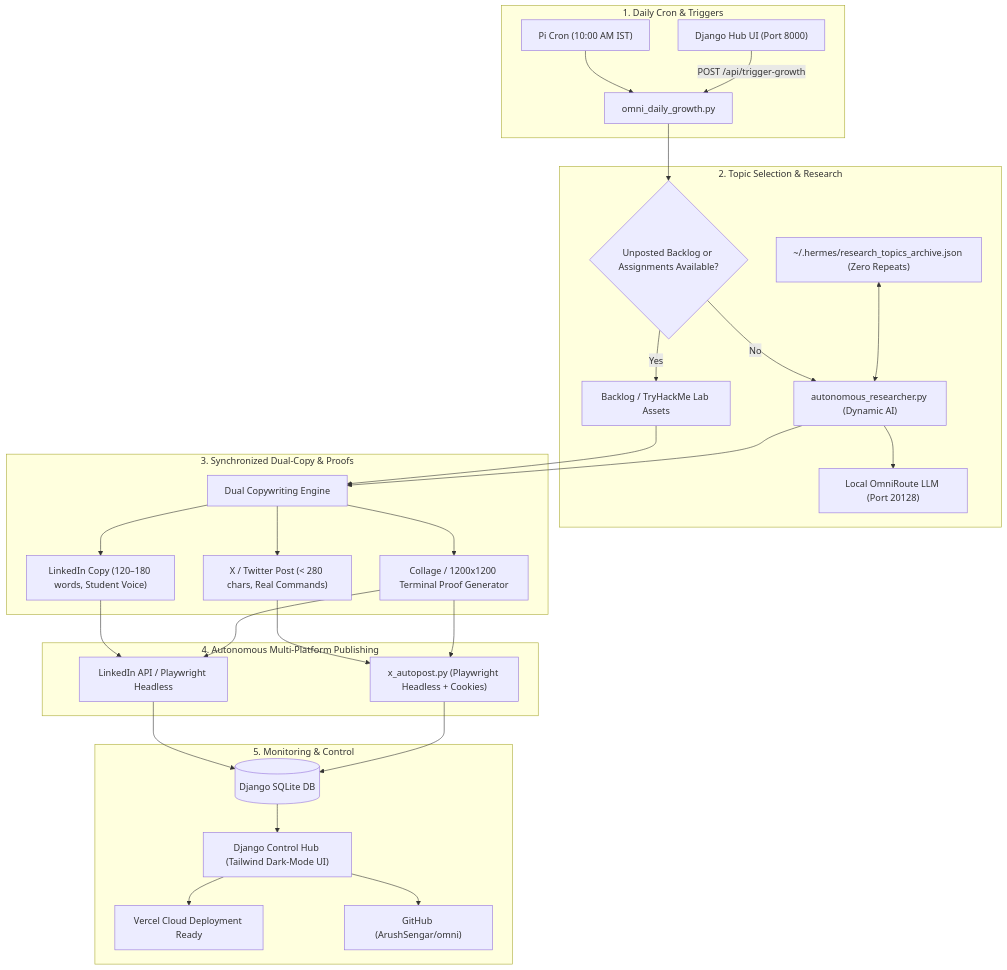
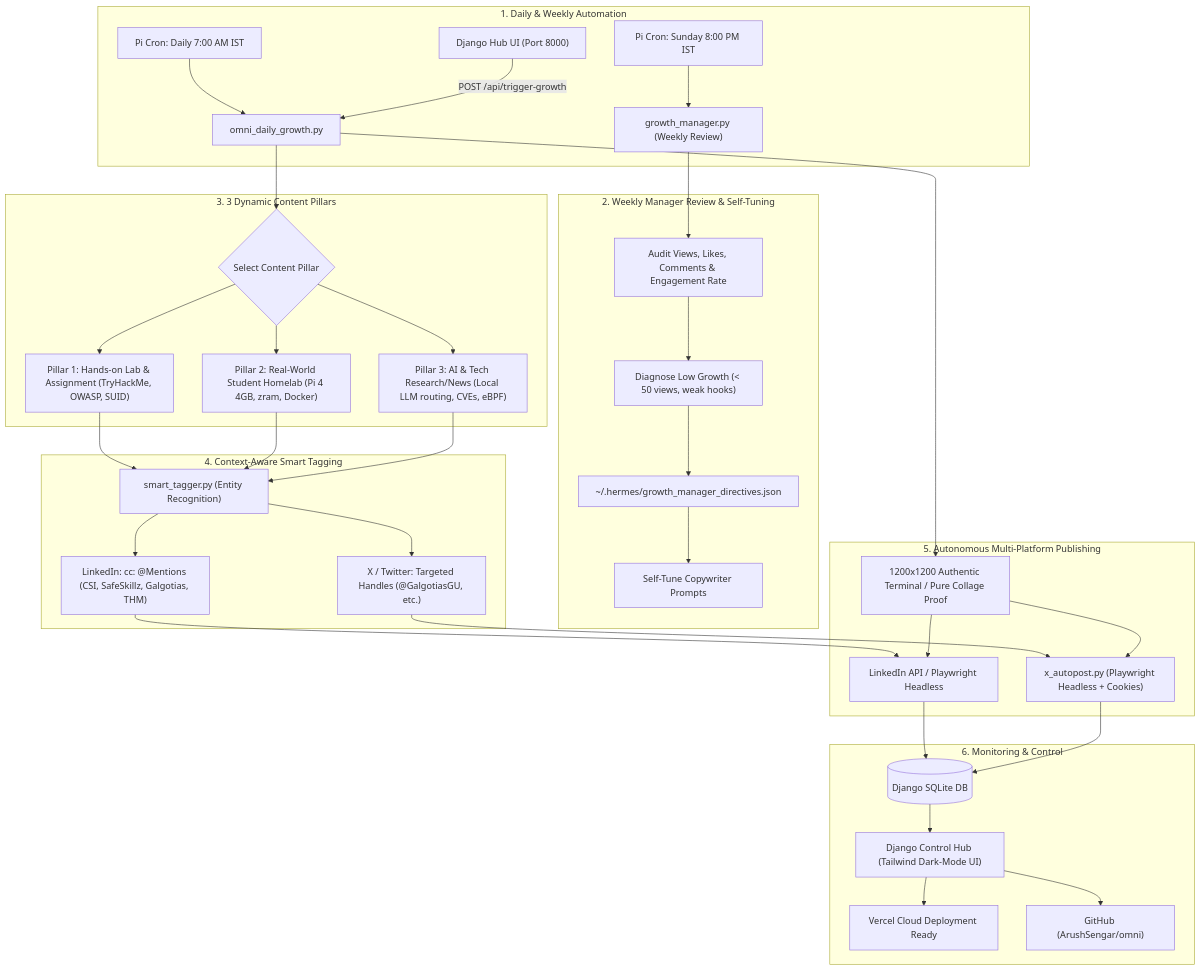
One commit to ArushSengar/omni changed the diagram in GROWTH_SYSTEM_GUIDE.md. Above: the diagram before and after it, drawn with Mermaid. The commit also changed other lines of this file and 18 other files, not shown here.

Commit message:
feat(growth-engine): add weekly growth manager review, context-aware smart tagging (@mentions), 7:00 AM IST cron, and 3 content pillars

````diff
--- a/GROWTH_SYSTEM_GUIDE.md
+++ b/GROWTH_SYSTEM_GUIDE.md
@@ -13,38 +13,46 @@
 ```mermaid
 flowchart TD
-    subgraph Trigger["1. Daily Cron & Triggers"]
-        Cron["Pi Cron (10:00 AM IST)"] --> Engine["omni_daily_growth.py"]
+    subgraph Schedule["1. Daily & Weekly Automation"]
+        DailyCron["Pi Cron: Daily 7:00 AM IST"] --> Engine["omni_daily_growth.py"]
+        WeeklyCron["Pi Cron: Sunday 8:00 PM IST"] --> Manager["growth_manager.py (Weekly Review)"]
         WebUI["Django Hub UI (Port 8000)"] -->|POST /api/trigger-growth| Engine
     end
 
-    subgraph TopicSelection["2. Topic Selection & Research"]
-        Engine --> BacklogCheck{"Unposted Backlog or Assignments Available?"}
-        BacklogCheck -->|Yes| StaticPool["Backlog / TryHackMe Lab Assets"]
-        BacklogCheck -->|No| AutoResearcher["autonomous_researcher.py (Dynamic AI)"]
-        AutoResearcher --> OmniRoute["Local OmniRoute LLM (Port 20128)"]
-        TopicArchive["~/.hermes/research_topics_archive.json (Zero Repeats)"] <--> AutoResearcher
+    subgraph ManagerReview["2. Weekly Manager Review & Self-Tuning"]
+        Manager --> MetricsAudit["Audit Views, Likes, Comments & Engagement Rate"]
+        MetricsAudit --> Diagnosis["Diagnose Low Growth (< 50 views, weak hooks)"]
+        Diagnosis --> Directives["~/.hermes/growth_manager_directives.json"]
+        Directives --> Copywriters["Self-Tune Copywriter Prompts"]
     end
 
-    subgraph ContentGen["3. Synchronized Dual-Copy & Proofs"]
-        StaticPool --> Copywriter["Dual Copywriting Engine"]
-        AutoResearcher --> Copywriter
-        Copywriter --> LI_Copy["LinkedIn Copy (120–180 words, Student Voice)"]
-        Copywriter --> X_Copy["X / Twitter Post (< 280 chars, Real Commands)"]
-        Copywriter --> VisualGen["Collage / 1200x1200 Terminal Proof Generator"]
+    subgraph ContentPillars["3. 3 Dynamic Content Pillars"]
+        Engine --> PillarSelect{"Select Content Pillar"}
+        PillarSelect --> P1["Pillar 1: Hands-on Lab & Assignment (TryHackMe, OWASP, SUID)"]
+        PillarSelect --> P2["Pillar 2: Real-World Student Homelab (Pi 4 4GB, zram, Docker)"]
+        PillarSelect --> P3["Pillar 3: AI & Tech Research/News (Local LLM routing, CVEs, eBPF)"]
     end
 
-    subgraph Publishing["4. Autonomous Multi-Platform Publishing"]
-        LI_Copy --> LI_Publisher["LinkedIn API / Playwright Headless"]
-        X_Copy --> X_Publisher["x_autopost.py (Playwright Headless + Cookies)"]
+    subgraph TaggingEngine["4. Context-Aware Smart Tagging"]
+        P1 --> SmartTagger["smart_tagger.py (Entity Recognition)"]
+        P2 --> SmartTagger
+        P3 --> SmartTagger
+        SmartTagger --> TaggedLI["LinkedIn: cc: @Mentions (CSI, SafeSkillz, Galgotias, THM)"]
+        SmartTagger --> TaggedX["X / Twitter: Targeted Handles (@GalgotiasGU, etc.)"]
+    end
+
+    subgraph Publishing["5. Autonomous Multi-Platform Publishing"]
+        TaggedLI --> LI_Publisher["LinkedIn API / Playwright Headless"]
+        TaggedX --> X_Publisher["x_autopost.py (Playwright Headless + Cookies)"]
+        Engine --> VisualGen["1200x1200 Authentic Terminal / Pure Collage Proof"]
         VisualGen --> LI_Publisher
         VisualGen --> X_Publisher
     end
 
-    subgraph CentralHub["5. Monitoring & Control"]
+    subgraph CentralHub["6. Monitoring & Control"]
         LI_Publisher --> DB[("Django SQLite DB")]
         X_Publisher --> DB
         DB --> Dashboard["Django Control Hub (Tailwind Dark-Mode UI)"]
         Dashboard --> Vercel["Vercel Cloud Deployment Ready"]
         Dashboard --> GitHub["GitHub (ArushSengar/omni)"]
     end
 ```
````
